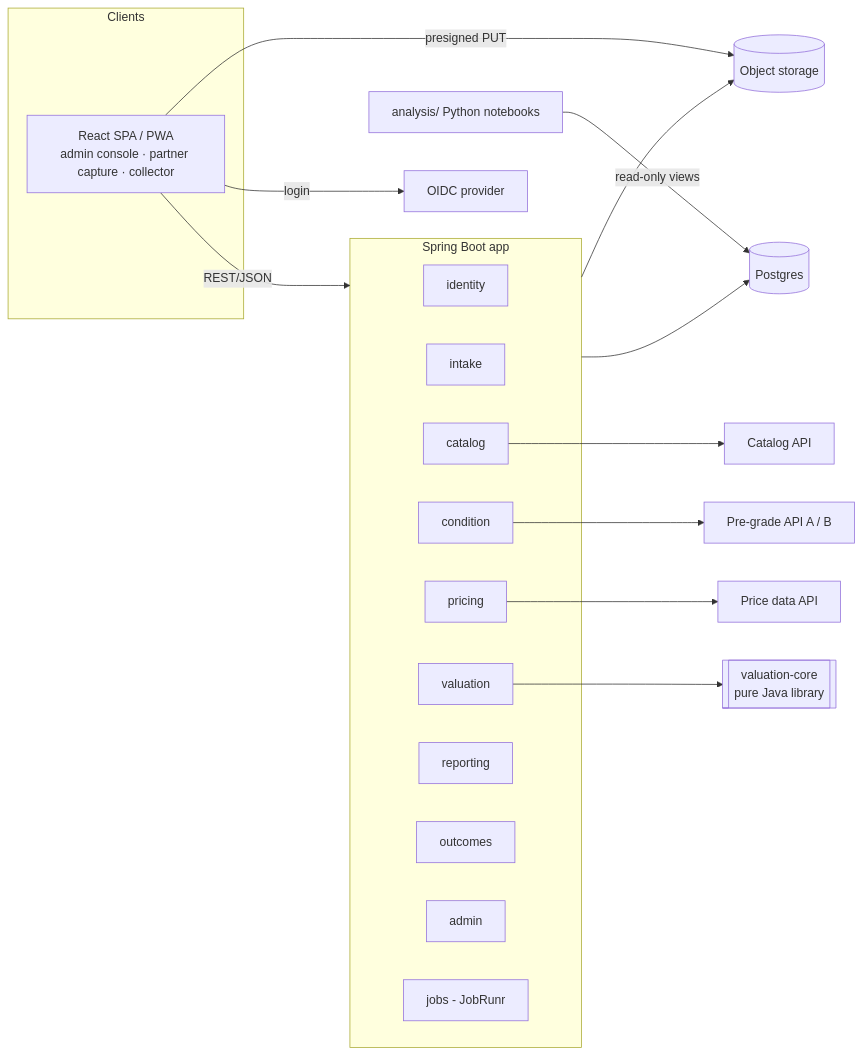
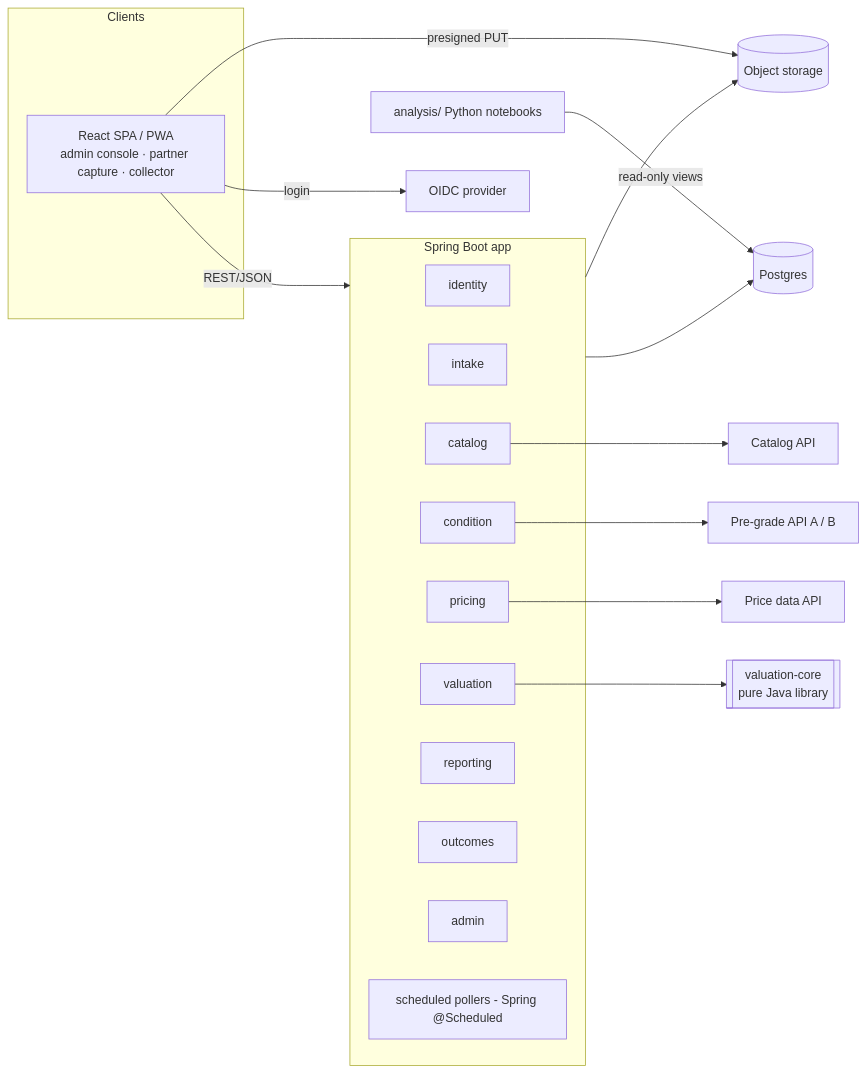
The first of 3 diagrams in docs/hld.md (gebs2180/pokemans), drawn with Mermaid before and after one commit. The commit also changed other lines of this file and 5 other files, not shown here.

````diff
--- a/docs/hld.md
+++ b/docs/hld.md
@@ -46,37 +46,37 @@
 ```mermaid
 flowchart LR
   subgraph Clients
     W[React SPA / PWA<br/>admin console · partner capture · collector]
   end
   subgraph App[Spring Boot app]
     ID[identity]
     IN[intake]
     CA[catalog]
     CO[condition]
     PR[pricing]
     VA[valuation]
     RE[reporting]
     OU[outcomes]
     AD[admin]
-    JB[jobs - JobRunr]
+    JB[scheduled pollers - Spring @Scheduled]
   end
   VC[[valuation-core<br/>pure Java library]]
   DB[(Postgres)]
   BS[(Object storage)]
   AN[analysis/ Python notebooks]
   EXT1[Catalog API]
   EXT2[Pre-grade API A / B]
   EXT3[Price data API]
   OIDC[OIDC provider]
 
   W -- REST/JSON --> App
   W -- presigned PUT --> BS
   W -- login --> OIDC
   VA --> VC
   App --> DB
   App --> BS
   CA --> EXT1
   CO --> EXT2
   PR --> EXT3
   AN -- read-only views --> DB
 ```
````
